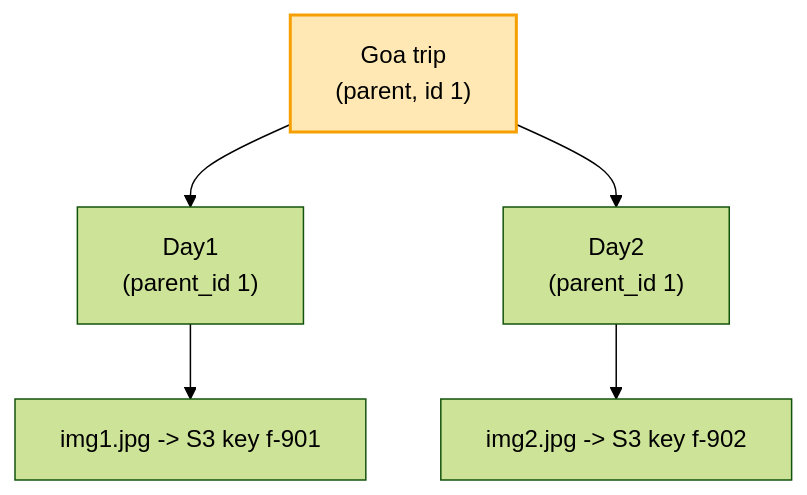
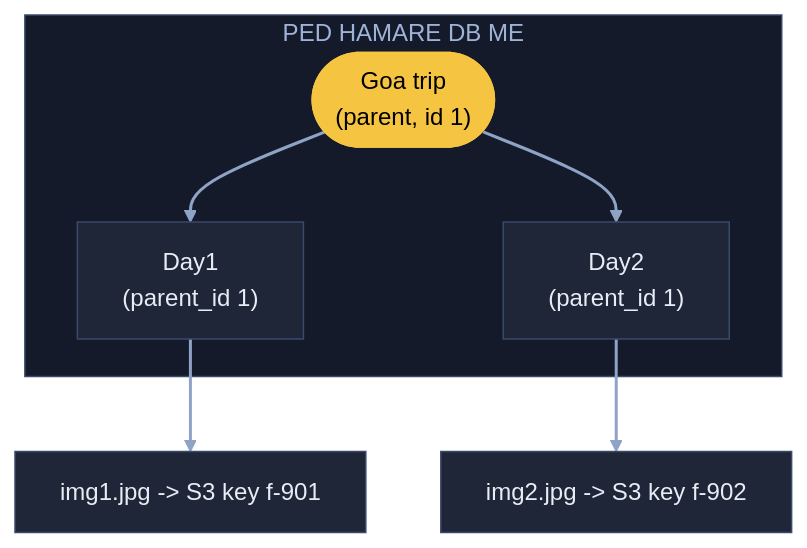
The fifth of 8 diagrams in 04_HLD/SYSTEM_DESIGNS/07_file_upload_validate_system/07_file_upload.md (ArpanMaheshwari144/Prep), drawn with Mermaid (forest theme) before and after one commit. The commit also changed other lines of this file, not shown here.

Commit message:
File upload: 8 diagram YouTube (reel) wale card andaaz me

````diff
--- a/04_HLD/SYSTEM_DESIGNS/07_file_upload_validate_system/07_file_upload.md
+++ b/04_HLD/SYSTEM_DESIGNS/07_file_upload_validate_system/07_file_upload.md
@@ -144,8 +188,20 @@
 ```mermaid
 flowchart TB
-    G["Goa trip<br/>(parent, id 1)"] --> D1["Day1<br/>(parent_id 1)"]
-    G --> D2["Day2<br/>(parent_id 1)"]
-    D1 --> F1["img1.jpg -> S3 key f-901"]
-    D2 --> F2["img2.jpg -> S3 key f-902"]
-    style G fill:#ffe8b3,stroke:#f59f00,stroke-width:2px,color:#000
+    subgraph PD["PED HAMARE DB ME"]
+        G(["Goa trip<br/>(parent, id 1)"]):::pill
+        D1["Day1<br/>(parent_id 1)"]:::card
+        D2["Day2<br/>(parent_id 1)"]:::card
+    end
+    F1["img1.jpg -> S3 key f-901"]:::card
+    F2["img2.jpg -> S3 key f-902"]:::card
+    G --> D1
+    G --> D2
+    D1 --> F1
+    D2 --> F2
+    linkStyle default stroke:#8fa3c7,stroke-width:2px
+    classDef card fill:#1e2638,stroke:#3a4a6b,color:#e8ecf5
+    classDef pill fill:#f5c542,stroke:#f5c542,color:#000
+    classDef good fill:#2e7d4f,stroke:#3fbf6f,color:#fff
+    classDef bad fill:#5c1f24,stroke:#e05561,color:#fff
+    style PD fill:#141a29,stroke:#3a4a6b,color:#9fb3d9
 ```
````
